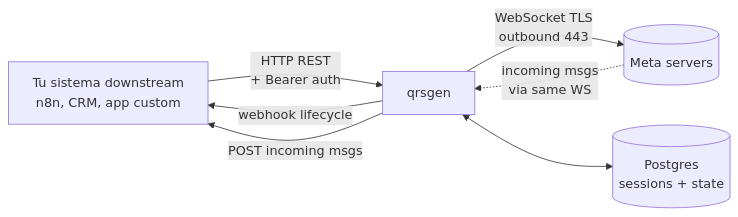
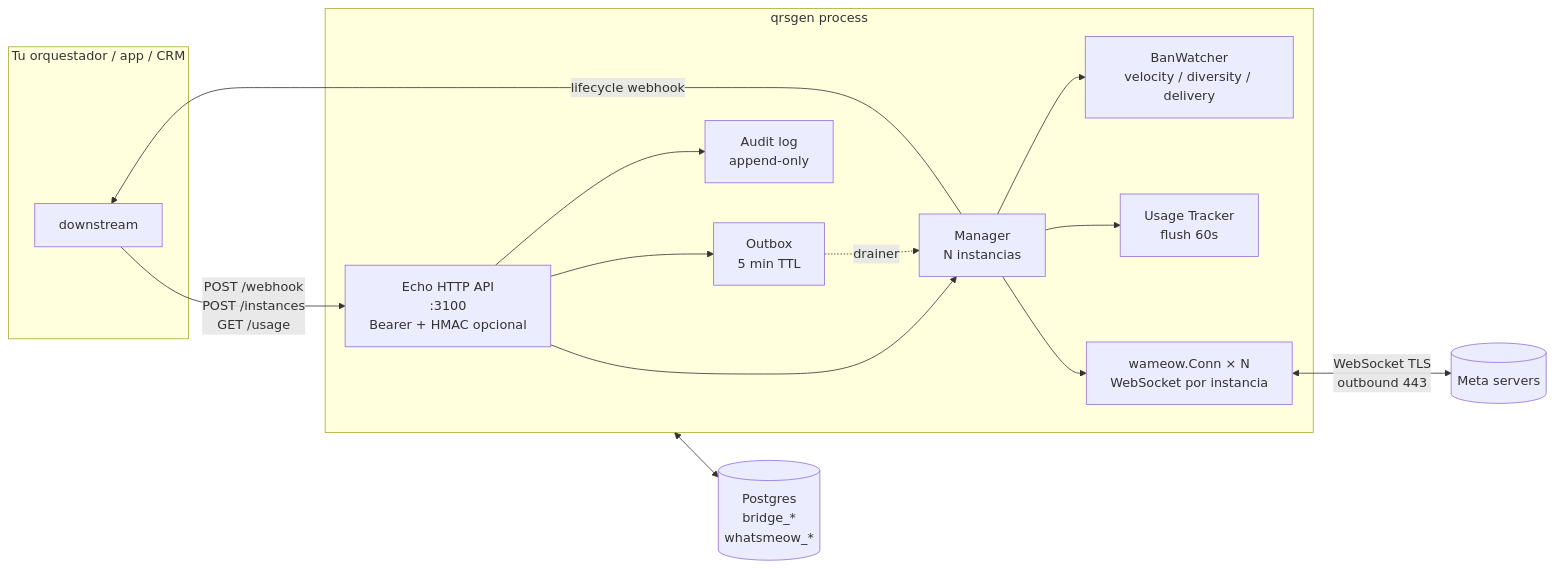
One commit to rricajos/qrsgen changed the diagram in docs/architecture.md. Above: the diagram before and after it, drawn with Mermaid. The commit also changed other lines of this file, not shown here.

First line of the commit message:
docs(architecture): rewrite reflecting outbox, banwatch, audit, usage

````diff
--- a/docs/architecture.md
+++ b/docs/architecture.md
@@ -18,9 +37,31 @@
 ```mermaid
 flowchart LR
-    User[Tu sistema downstream<br/>n8n, CRM, app custom] -->|HTTP REST<br/>+ Bearer auth| qrsgen
-    qrsgen -->|WebSocket TLS<br/>outbound 443| Meta[(Meta servers)]
-    Meta -.->|incoming msgs<br/>via same WS| qrsgen
-    qrsgen -->|webhook lifecycle| User
-    qrsgen -->|POST incoming msgs| User
-    qrsgen <--> Postgres[(Postgres<br/>sessions + state)]
+    subgraph downstream[Tu orquestador / app / CRM]
+      DS[downstream]
+    end
+
+    subgraph qrsgen[qrsgen process]
+      API[Echo HTTP API<br/>:3100<br/>Bearer + HMAC opcional]
+      MGR[Manager<br/>N instancias]
+      OUTBOX[Outbox<br/>5 min TTL]
+      BAN[BanWatcher<br/>velocity / diversity / delivery]
+      USE[Usage Tracker<br/>flush 60s]
+      AUD[Audit log<br/>append-only]
+      WMEOW[wameow.Conn × N<br/>WebSocket por instancia]
+    end
+
+    PG[(Postgres<br/>bridge_*<br/>whatsmeow_*)]
+    META[(Meta servers)]
+
+    DS -->|POST /webhook<br/>POST /instances<br/>GET /usage| API
+    API --> MGR
+    API --> OUTBOX
+    API --> AUD
+    MGR --> WMEOW
+    MGR --> BAN
+    MGR --> USE
+    OUTBOX -. drainer .-> MGR
+    WMEOW <-->|WebSocket TLS<br/>outbound 443| META
+    qrsgen <--> PG
+    MGR -->|lifecycle webhook| DS
 ```
````
